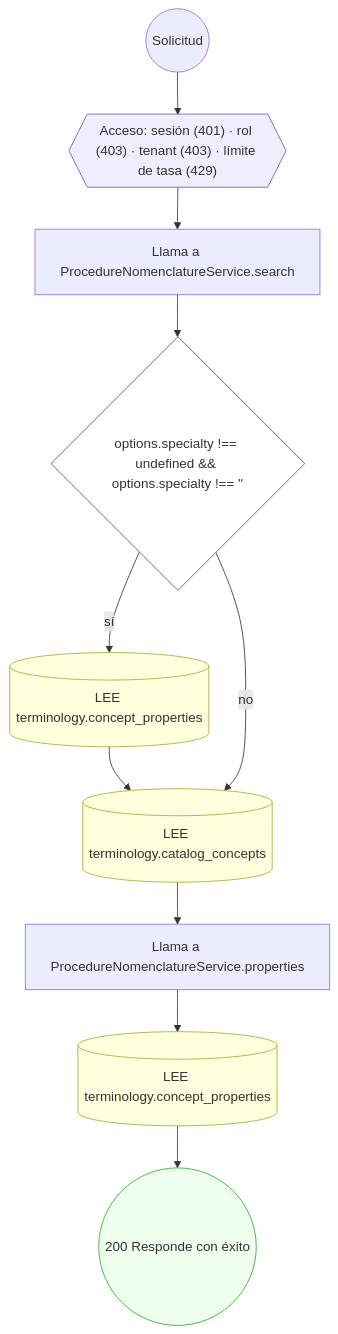
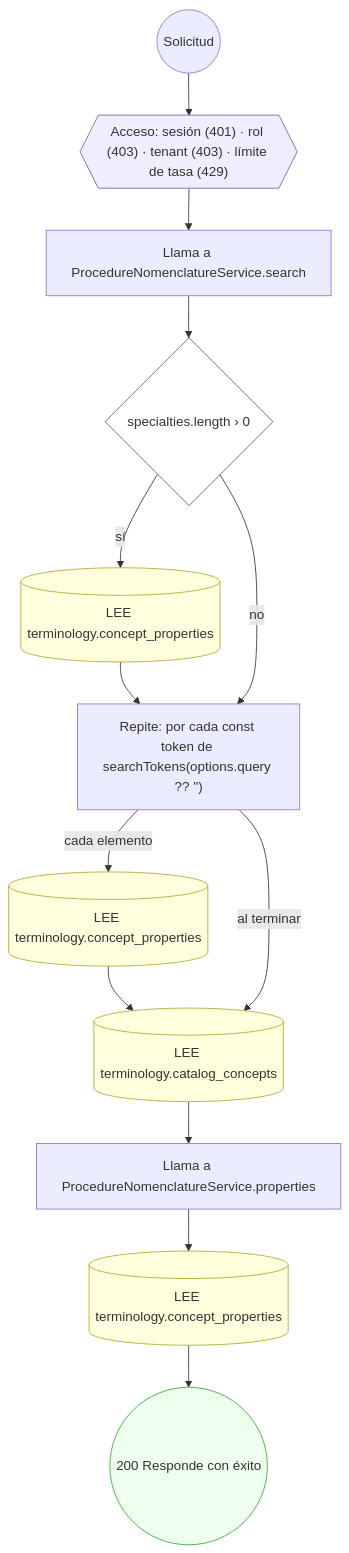
Diagram 23 of 37 in docs/inventario/flujos/billing.md (mdavila-2001/mantra-core-health-api), drawn with Mermaid before and after one commit. The commit also changed other lines of this file and 131 other files, not shown here.

````diff
--- a/docs/inventario/flujos/billing.md
+++ b/docs/inventario/flujos/billing.md
@@ -1775,27 +1907,32 @@
 ```mermaid
 flowchart TD
   n1(("Solicitud")):::inicio
   n2{{"Acceso: sesión (401) · rol (403) · tenant (403) · límite de tasa (429)"}}:::acceso
   n1 --> n2
   n3["Llama a ProcedureNomenclatureService.search"]:::llamada
   n2 --> n3
-  n4{"options.specialty !== undefined && options.specialty !== ''"}:::decision
+  n4{"specialties.length › 0"}:::decision
   n3 --> n4
   n5[("LEE terminology.concept_properties")]:::efecto
   n4 -->|"sí"| n5
-  n6[("LEE terminology.catalog_concepts")]:::efecto
+  n6["Repite: por cada const token de searchTokens(options.query ?? '')"]:::bucle
   n5 --> n6
   n4 -->|"no"| n6
-  n7["Llama a ProcedureNomenclatureService.properties"]:::llamada
-  n6 --> n7
-  n8[("LEE terminology.concept_properties")]:::efecto
+  n7[("LEE terminology.concept_properties")]:::efecto
+  n6 -->|"cada elemento"| n7
+  n8[("LEE terminology.catalog_concepts")]:::efecto
   n7 --> n8
-  n9(("200 Responde con éxito")):::ok
+  n6 -->|"al terminar"| n8
+  n9["Llama a ProcedureNomenclatureService.properties"]:::llamada
   n8 --> n9
+  n10[("LEE terminology.concept_properties")]:::efecto
+  n9 --> n10
+  n11(("200 Responde con éxito")):::ok
+  n10 --> n11
   classDef acceso fill:#eef,stroke:#66a
   classDef error fill:#fee,stroke:#c33
   classDef ok fill:#efe,stroke:#3a3
   classDef efecto fill:#ffd,stroke:#aa3
   classDef decision fill:#fff,stroke:#555
   classDef corte fill:#eee,stroke:#999,stroke-dasharray: 4
 ```
````
